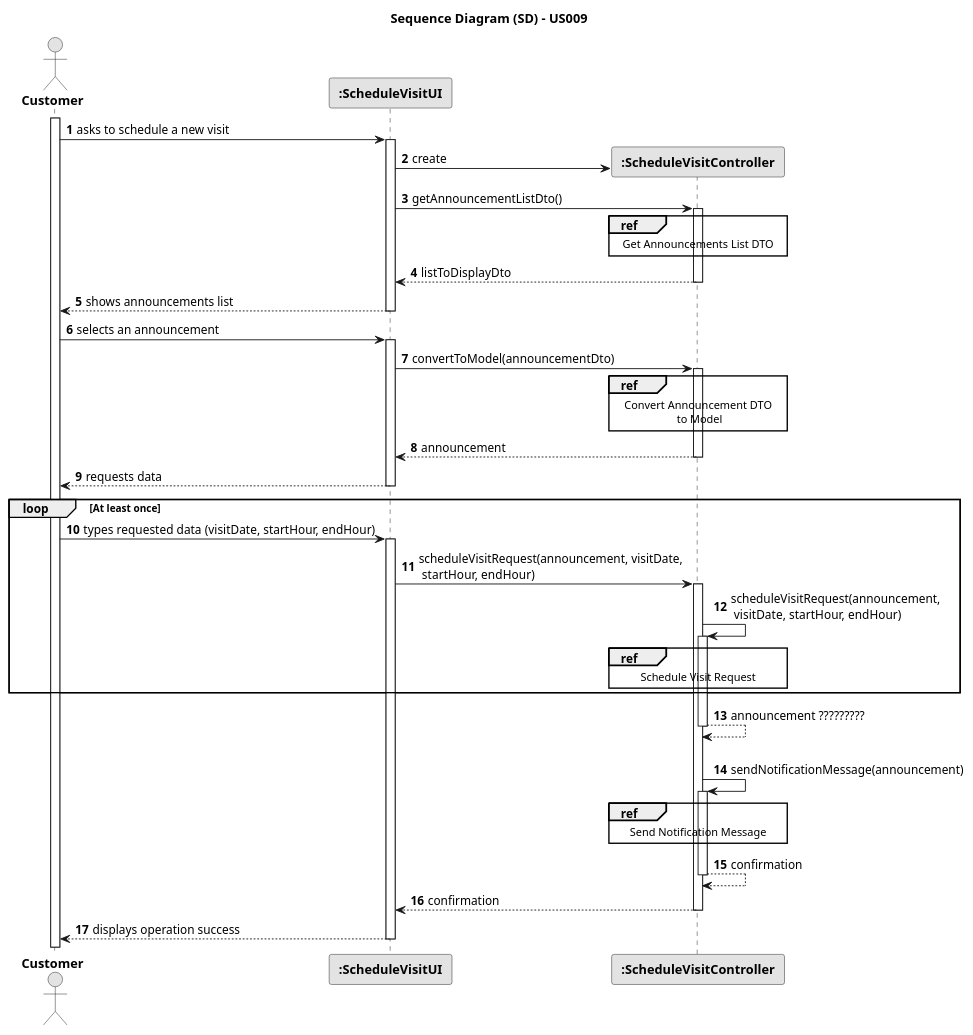
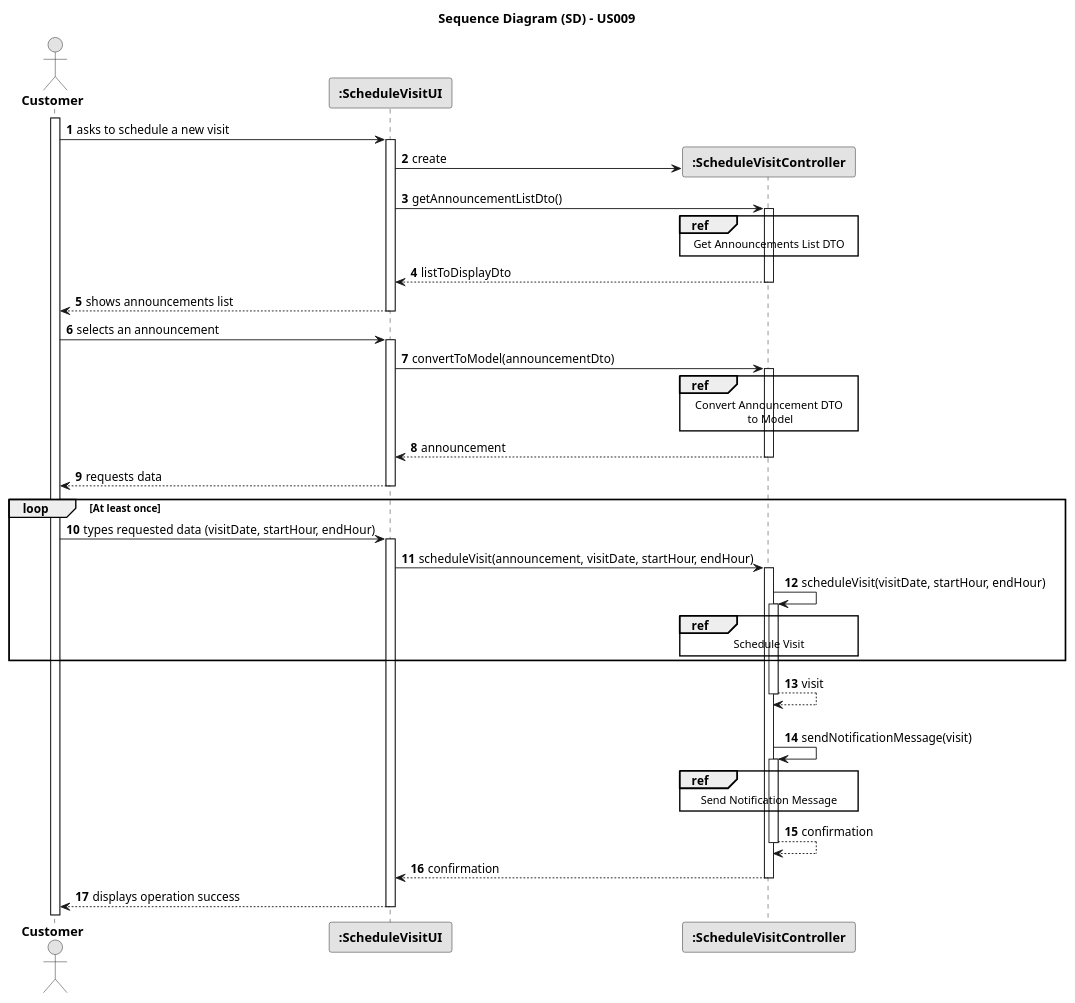
The diagram in docs/sprintC/us009/03.design/puml/us009-sequence-diagram-slip.puml (rita-barbosa/LAPR2-2223), drawn with PlantUML before and after one commit.

Commit message:
Split SD's update [US009] [Design]

```diff
--- a/docs/sprintC/us009/03.design/puml/us009-sequence-diagram-slip.puml
+++ b/docs/sprintC/us009/03.design/puml/us009-sequence-diagram-slip.puml
@@ -1,85 +1,84 @@
 @startuml
 skinparam monochrome true
 skinparam packageStyle rectangle
 skinparam shadowing false
 
 title Sequence Diagram (SD) - US009
 
 autonumber
 
 actor "<b> Customer </b>" as CTM
 participant "<b> :ScheduleVisitUI </b>" as UI
 participant "<b> :ScheduleVisitController </b>" as CTRL
 
 activate CTM
 
     CTM -> UI : asks to schedule a new visit
         activate UI
 
     UI -> CTRL** : create
 
     UI -> CTRL : getAnnouncementListDto()
         activate CTRL
             ref over CTRL
                 Get Announcements List DTO
             end ref
     CTRL --> UI : listToDisplayDto
         deactivate CTRL
 
     UI --> CTM : shows announcements list
         deactivate UI
 
     CTM -> UI : selects an announcement
         activate UI
 
     UI -> CTRL : convertToModel(announcementDto)
     activate CTRL
         ref over CTRL
             Convert Announcement DTO
              to Model
         end ref
 
         CTRL --> UI : announcement
     deactivate CTRL
 
     UI --> CTM : requests data
         deactivate UI
 
     loop At least once
     CTM -> UI : types requested data (visitDate, startHour, endHour)
         activate UI
 
-        UI -> CTRL : scheduleVisitRequest(announcement, visitDate,\n startHour, endHour)
+        UI -> CTRL : scheduleVisit(announcement, visitDate, startHour, endHour)
 
         activate CTRL
 
-        CTRL -> CTRL : scheduleVisitRequest(announcement,\n visitDate, startHour, endHour)
+        CTRL -> CTRL : scheduleVisit(visitDate, startHour, endHour)
         activate CTRL
 
         ref over CTRL
-            Schedule Visit Request
+            Schedule Visit
         end ref
 
         end loop
 
-            CTRL --> CTRL : announcement ?????????
+            CTRL --> CTRL : visit
         deactivate CTRL
-
 |||
-    CTRL -> CTRL : sendNotificationMessage(announcement)
+    CTRL -> CTRL : sendNotificationMessage(visit)
         activate CTRL
 
         ref over CTRL
             Send Notification Message
         end ref
 
     CTRL --> CTRL : confirmation
     deactivate CTRL
 
     CTRL --> UI : confirmation
     deactivate CTRL
 
     UI --> CTM : displays operation success
         deactivate UI
 
 @enduml
```
